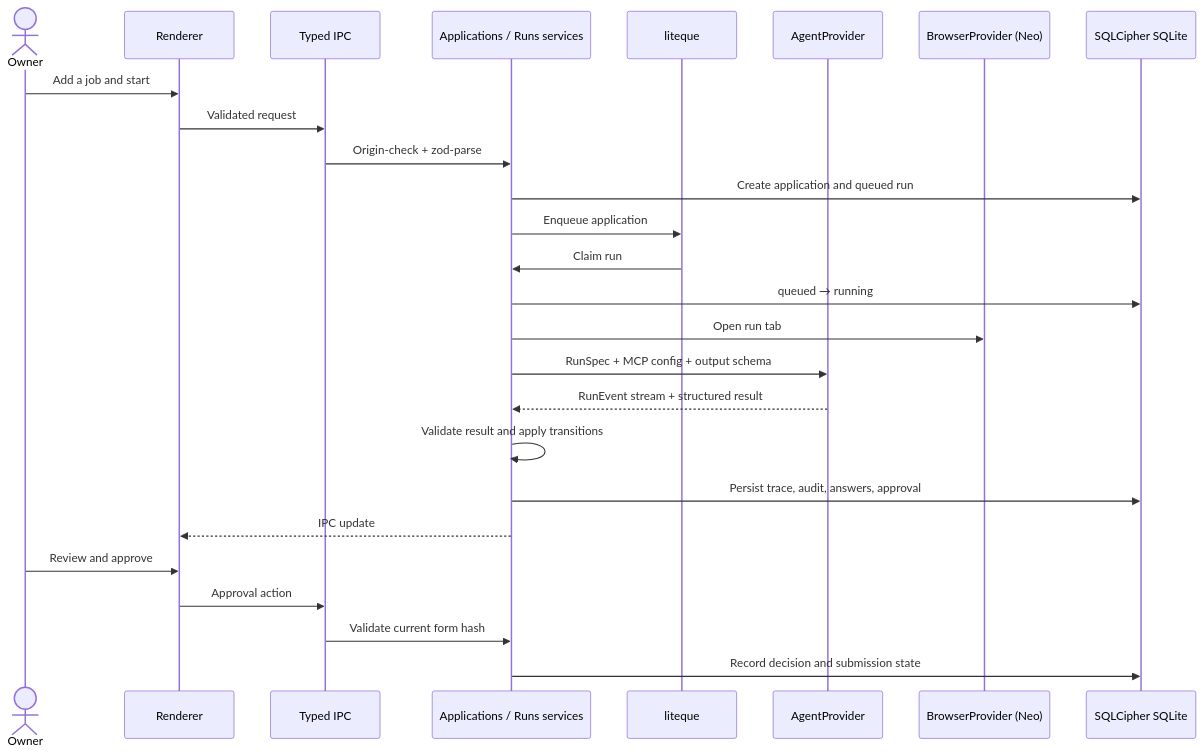
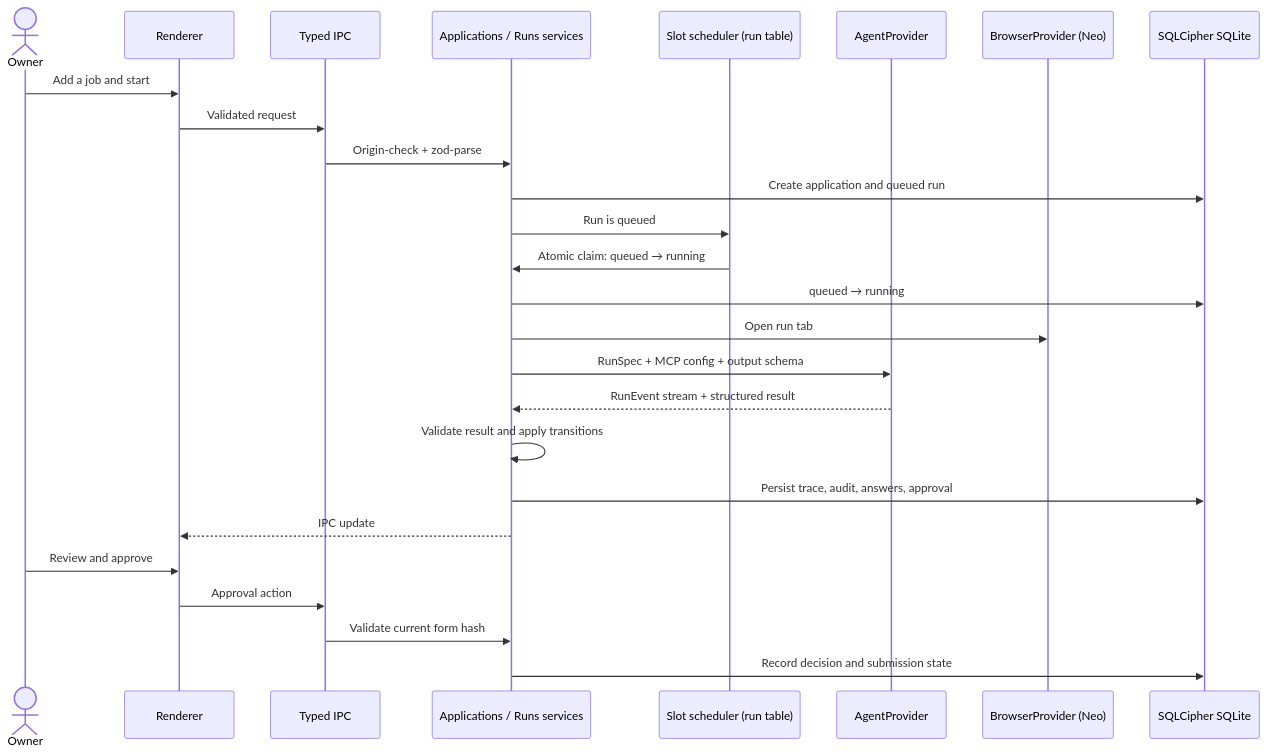
Before and after one commit to sadowb/jobPilot: the fifth of 5 diagrams in docs/architecture.md, drawn with Mermaid. The commit also changed other lines of this file and 43 other files, not shown here.

First line of the commit message:
refactor(runs)!: run table is the queue — drop liteque, native Claude session resume, crew 4 (#148)

````diff
--- a/docs/architecture.md
+++ b/docs/architecture.md
@@ -88,28 +88,28 @@
 ```mermaid
 sequenceDiagram
   actor Owner
   participant UI as Renderer
   participant IPC as Typed IPC
   participant App as Applications / Runs services
-  participant Q as liteque
+  participant Q as Slot scheduler (run table)
   participant Agent as AgentProvider
   participant Browser as BrowserProvider (Neo)
   participant DB as SQLCipher SQLite
   Owner->>UI: Add a job and start
   UI->>IPC: Validated request
   IPC->>App: Origin-check + zod-parse
   App->>DB: Create application and queued run
-  App->>Q: Enqueue application
-  Q->>App: Claim run
+  App->>Q: Run is queued
+  Q->>App: Atomic claim: queued → running
   App->>DB: queued → running
   App->>Browser: Open run tab
   App->>Agent: RunSpec + MCP config + output schema
   Agent-->>App: RunEvent stream + structured result
   App->>App: Validate result and apply transitions
   App->>DB: Persist trace, audit, answers, approval
   App-->>UI: IPC update
   Owner->>UI: Review and approve
   UI->>IPC: Approval action
   IPC->>App: Validate current form hash
   App->>DB: Record decision and submission state
 ```
````
